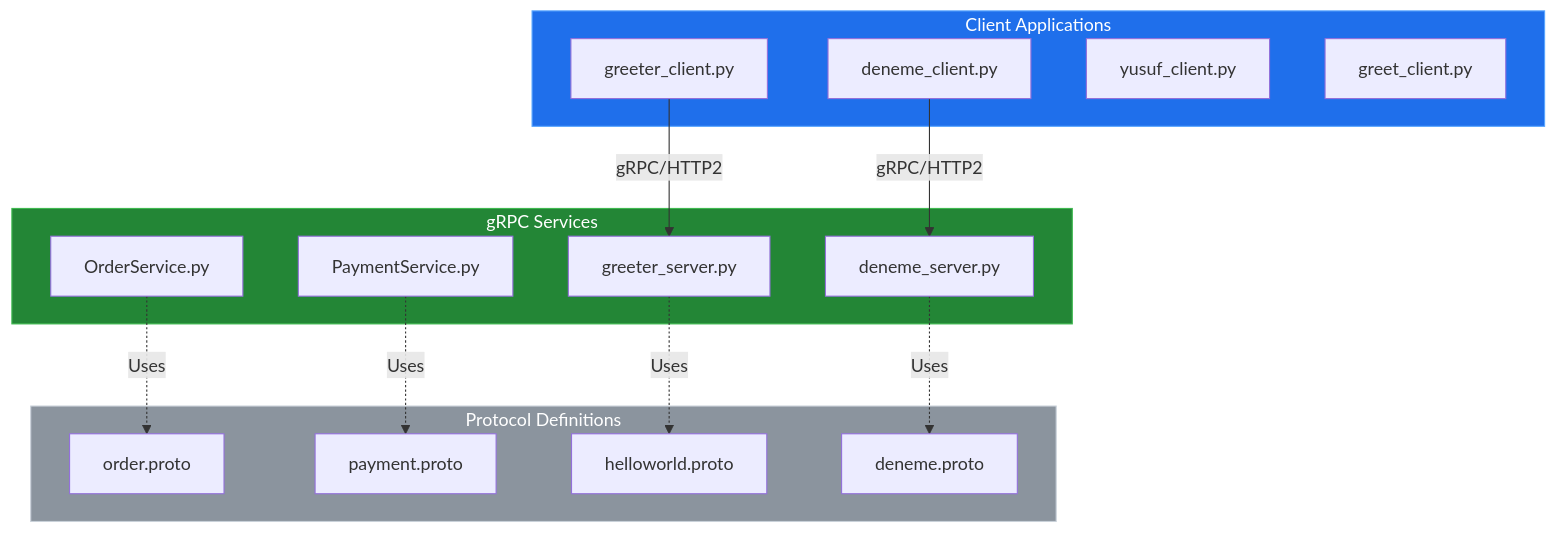
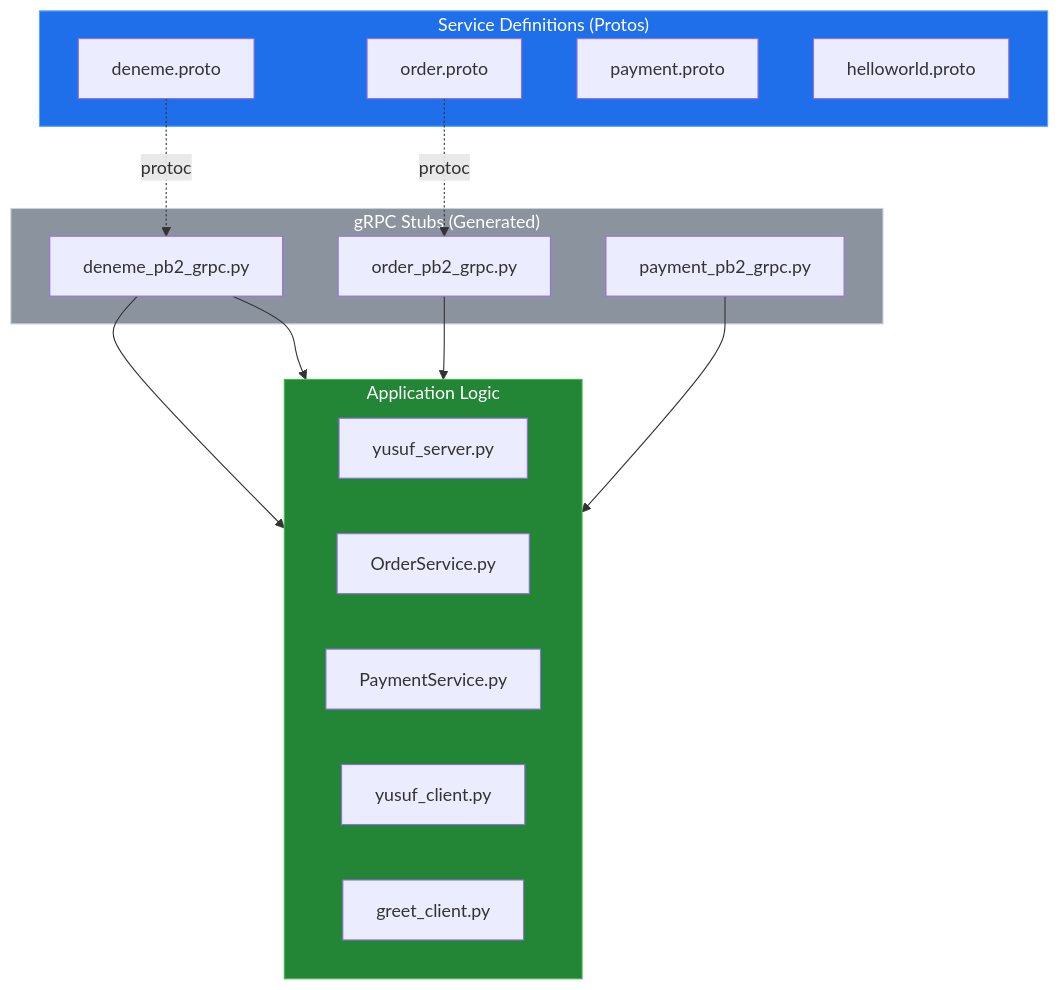
Before and after one commit to YusuffBulbul/GRPC_calisma: the first of 2 diagrams in README_ARCH.md, drawn with Mermaid. The commit also changed other lines of this file, not shown here.

````diff
--- a/README_ARCH.md
+++ b/README_ARCH.md
@@ -19,35 +19,36 @@
 ```mermaid
 flowchart TD
-    subgraph ClientLayer ["Client Applications"]
-        C1["deneme_client.py"]
-        C2["greeter_client.py"]
-        C3["yusuf_client.py"]
-        C4["greet_client.py"]
+    subgraph Definitions ["Service Definitions (Protos)"]
+        P1["deneme.proto"]
+        P2["order.proto"]
+        P3["payment.proto"]
+        P4["helloworld.proto"]
     end
 
-    subgraph ServiceLayer ["gRPC Services"]
-        S1["OrderService.py"]
-        S2["PaymentService.py"]
-        S3["greeter_server.py"]
-        S4["deneme_server.py"]
+    subgraph Generated ["gRPC Stubs (Generated)"]
+        G1["deneme_pb2_grpc.py"]
+        G2["order_pb2_grpc.py"]
+        G3["payment_pb2_grpc.py"]
     end
 
-    subgraph ProtoLayer ["Protocol Definitions"]
-        P1["order.proto"]
-        P2["payment.proto"]
-        P3["helloworld.proto"]
-        P4["deneme.proto"]
+    subgraph Logic ["Application Logic"]
+        direction LR
+        S1["yusuf_server.py"]
+        S2["OrderService.py"]
+        S3["PaymentService.py"]
+        C1["yusuf_client.py"]
+        C2["greet_client.py"]
     end
 
-    C1 -->|"gRPC/HTTP2"| S4
-    C2 -->|"gRPC/HTTP2"| S3
-    S1 -.->|"Uses"| P1
-    S2 -.->|"Uses"| P2
-    S3 -.->|"Uses"| P3
-    S4 -.->|"Uses"| P4
+    P1 -.->|"protoc"| G1
+    P2 -.->|"protoc"| G2
+    G1 --> S1
+    G1 --> C1
+    G2 --> S2
+    G3 --> S3
 
-    style ClientLayer fill:#1f6feb,stroke:#58a6ff,color:#fff
-    style ServiceLayer fill:#238636,stroke:#3fb950,color:#fff
-    style ProtoLayer fill:#8b949e,stroke:#c9d1d9,color:#fff
+    style Definitions fill:#1f6feb,stroke:#58a6ff,color:#fff
+    style Generated fill:#8b949e,stroke:#c9d1d9,color:#fff
+    style Logic fill:#238636,stroke:#3fb950,color:#fff
 
 ```
````
